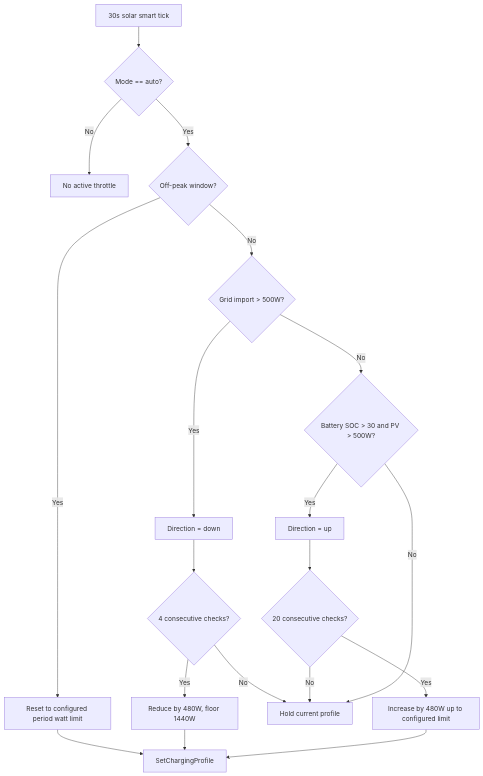
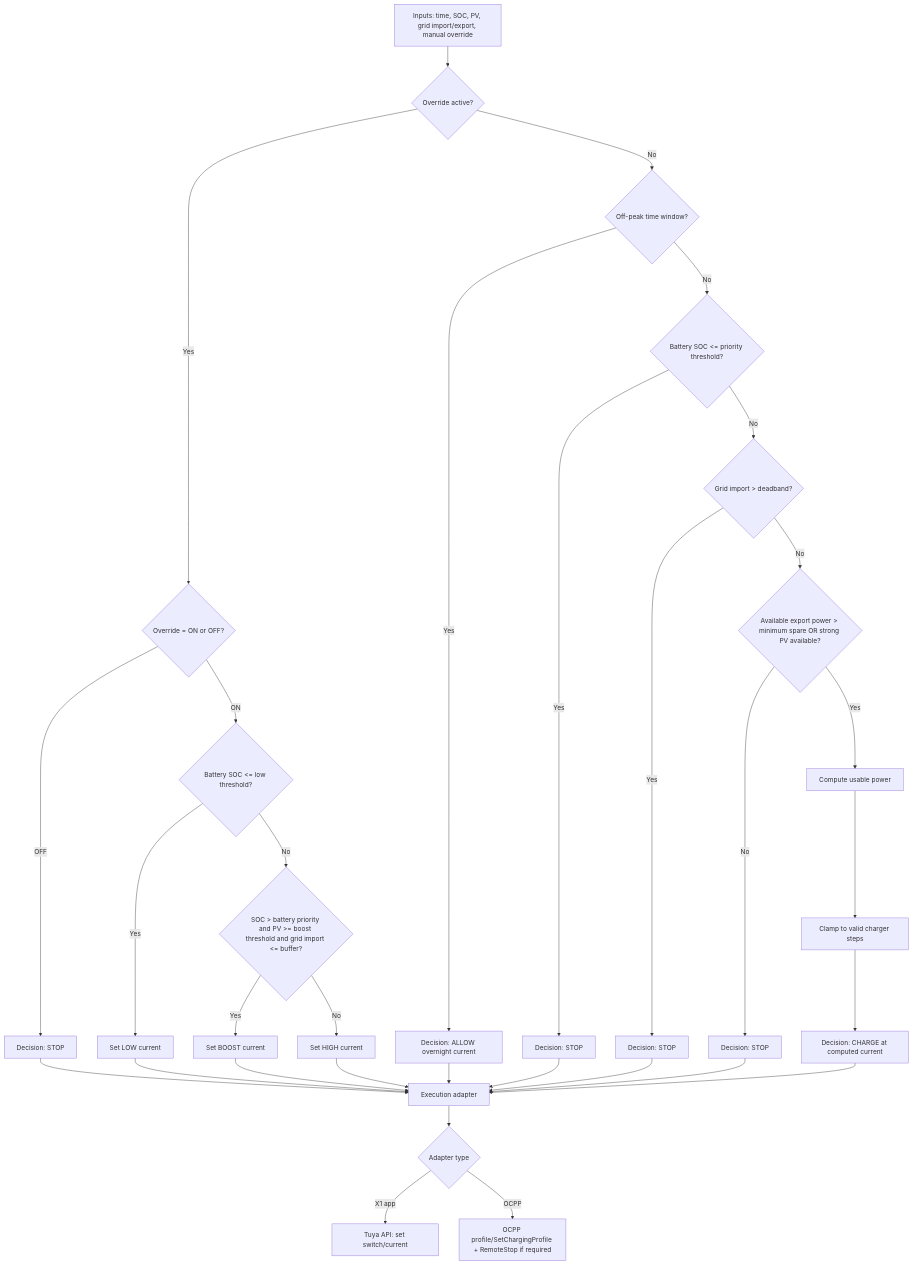
One commit to gormantec/docker-ocpp-mqtt changed the diagram in README.md. Above: the diagram before and after it, drawn with Mermaid. The commit also changed other lines of this file, not shown here.

Commit message:
🔧 build: auto-commit before build [skip ci]

````diff
--- a/README.md
+++ b/README.md
@@ -94,23 +94,37 @@
 ```mermaid
 flowchart TD
-    A[30s solar smart tick] --> B{Mode == auto?}
-    B -- No --> Z[No active throttle]
-    B -- Yes --> C{Off-peak window?}
-    C -- Yes --> D[Reset to configured period watt limit]
-    C -- No --> E{Grid import > 500W?}
-    E -- Yes --> F[Direction = down]
-    F --> G{4 consecutive checks?}
-    G -- Yes --> H[Reduce by 480W, floor 1440W]
-    G -- No --> I[Hold current profile]
+    A[Inputs: time, SOC, PV, grid import/export, manual override] --> B{Override active?}
+    B -- Yes --> C{Override = ON or OFF?}
+    C -- OFF --> S1[Decision: STOP]
+    C -- ON --> G1{Battery SOC <= low threshold?}
+    G1 -- Yes --> P1[Set LOW current]
+    G1 -- No --> G2{SOC > battery priority and PV >= boost threshold and grid import <= buffer?}
+    G2 -- Yes --> P2[Set BOOST current]
+    G2 -- No --> P3[Set HIGH current]
 
-    E -- No --> J{Battery SOC > 30 and PV > 500W?}
-    J -- Yes --> K[Direction = up]
-    K --> L{20 consecutive checks?}
-    L -- Yes --> M[Increase by 480W up to configured limit]
-    L -- No --> I
-    J -- No --> I
+    B -- No --> T1{Off-peak time window?}
+    T1 -- Yes --> S2[Decision: ALLOW overnight current]
+    T1 -- No --> T2{Battery SOC <= priority threshold?}
+    T2 -- Yes --> S3[Decision: STOP]
+    T2 -- No --> T3{Grid import > deadband?}
+    T3 -- Yes --> S4[Decision: STOP]
+    T3 -- No --> T4{Available export power > minimum spare OR strong PV available?}
+    T4 -- No --> S5[Decision: STOP]
+    T4 -- Yes --> T5[Compute usable power]
+    T5 --> T6[Clamp to valid charger steps]
+    T6 --> S6[Decision: CHARGE at computed current]
 
-    D --> N[SetChargingProfile]
-    H --> N
-    M --> N
+    S1 --> E1[Execution adapter]
+    P1 --> E1
+    P2 --> E1
+    P3 --> E1
+    S2 --> E1
+    S3 --> E1
+    S4 --> E1
+    S5 --> E1
+    S6 --> E1
+
+    E1 --> E2{Adapter type}
+    E2 -- X1 app --> X1[Tuya API: set switch/current]
+    E2 -- OCPP --> OCPP[OCPP profile/SetChargingProfile + RemoteStop if required]
 ```
````
